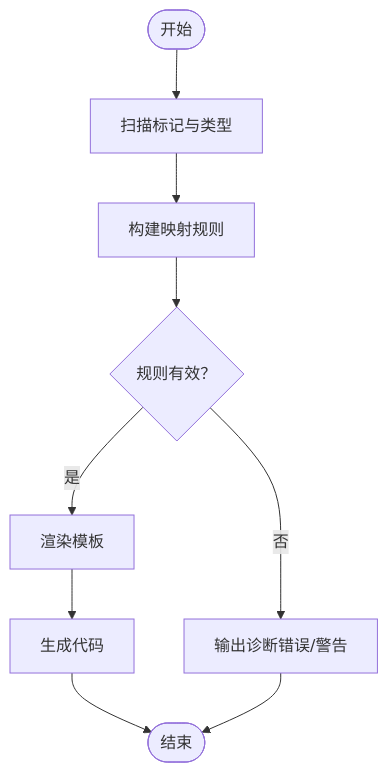
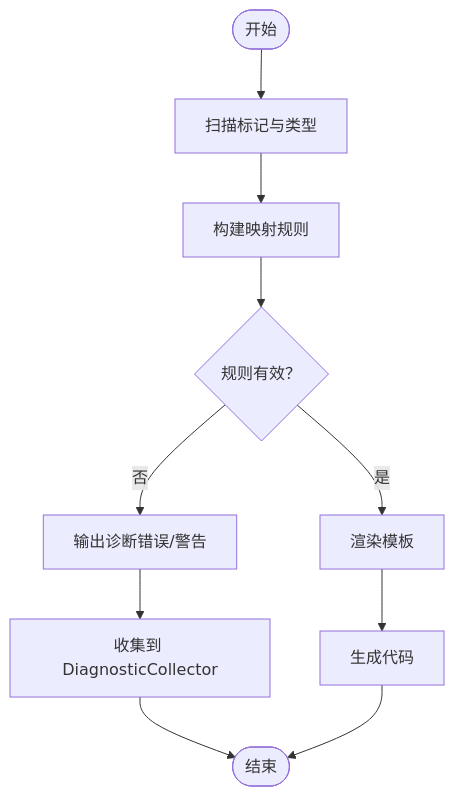
The third of 4 diagrams in .qoder/repowiki/zh/content/调试与诊断/调试与诊断.md (alivy/AutoCode), drawn with Mermaid before and after one commit. The commit also changed other lines of this file and 279 other files, not shown here.

````diff
--- a/.qoder/repowiki/zh/content/调试与诊断/调试与诊断.md
+++ b/.qoder/repowiki/zh/content/调试与诊断/调试与诊断.md
@@ -232,11 +197,12 @@
 ```mermaid
 flowchart TD
 Start(["开始"]) --> Scan["扫描标记与类型"]
 Scan --> BuildRules["构建映射规则"]
 BuildRules --> Validate{"规则有效？"}
 Validate --> |否| Report["输出诊断错误/警告"]
+Report --> Collect["收集到 DiagnosticCollector"]
+Collect --> End(["结束"])
 Validate --> |是| Render["渲染模板"]
 Render --> Emit["生成代码"]
-Emit --> End(["结束"])
-Report --> End
+Emit --> End
 ```
````
